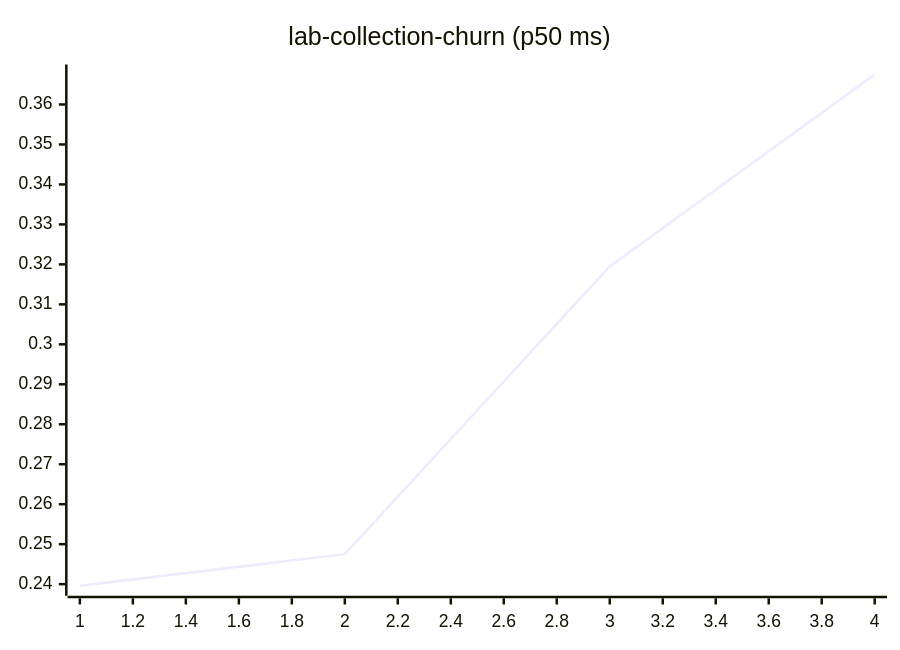
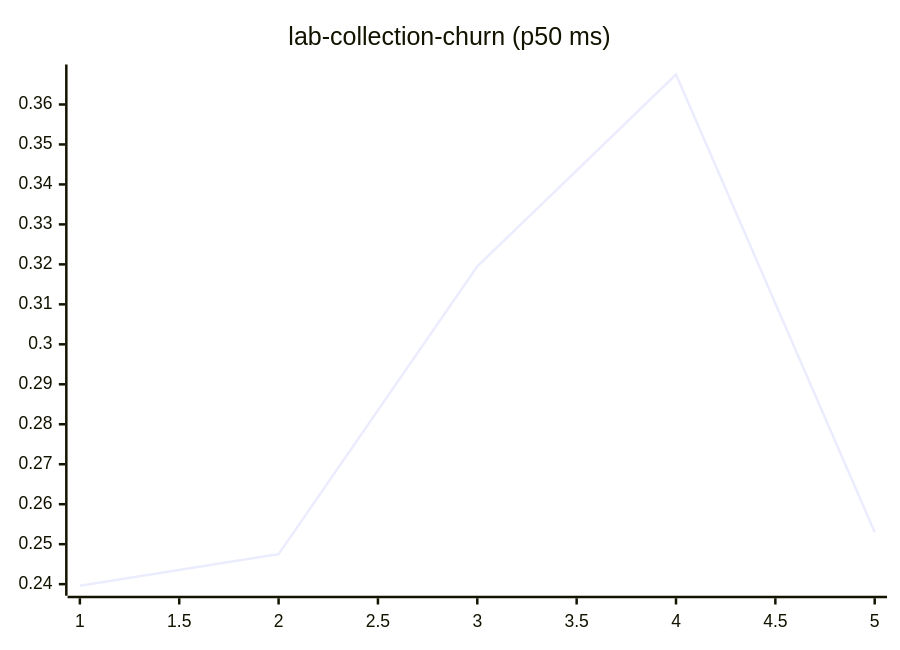
One commit to josha/Facet changed diagram 11 of 27 in README.md. Above: the diagram before and after it, drawn with Mermaid. The commit also changed other lines of this file and 2 other files, not shown here.

````diff
--- a/README.md
+++ b/README.md
@@ -133,6 +133,6 @@
 ```mermaid
 xychart-beta
     title "lab-collection-churn (p50 ms)"
-    x-axis 1 --> 4
-    line [0.2396, 0.2475, 0.3195, 0.3675]
+    x-axis 1 --> 5
+    line [0.2396, 0.2475, 0.3195, 0.3675, 0.2530]
 ```
````
